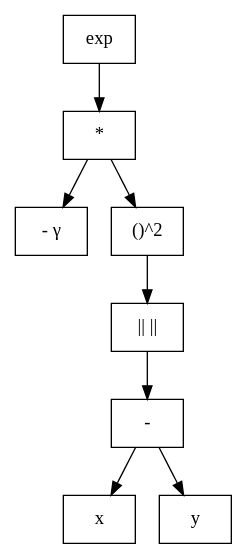
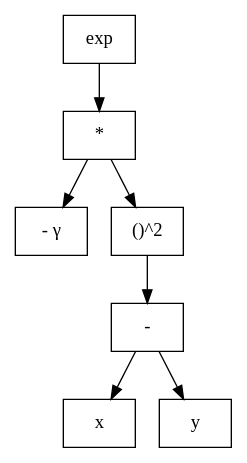
Before and after one commit to TomekZet/Kernel-GP: the diagram in thesis/figures/graphs/2-tree.dot, drawn with Graphviz. The commit also changed 18 other files, not shown here.

```diff
--- a/thesis/figures/graphs/2-tree.dot
+++ b/thesis/figures/graphs/2-tree.dot
@@ -1,18 +1,16 @@
 digraph g {
 node [shape=rectangle];
 n[label = "exp"];
 n0[label = "*"];
 n00[label = "- &gamma;"];
 n0 -> n00;
 n01[label = "()^2"];
-n010[label = "|| ||"];
-n0100[label = "-"];
-n01000[label = "x"];
-n01001[label = "y"];
+n010[label = "-"];
+n0100[label = "x"];
+n0101[label = "y"];
 n01 -> n010;
 n010 -> n0100;
-n0100 -> n01000
-n0100 -> n01001
+n010 -> n0101
 n0 -> n01;
 n -> n0;
 }
```
